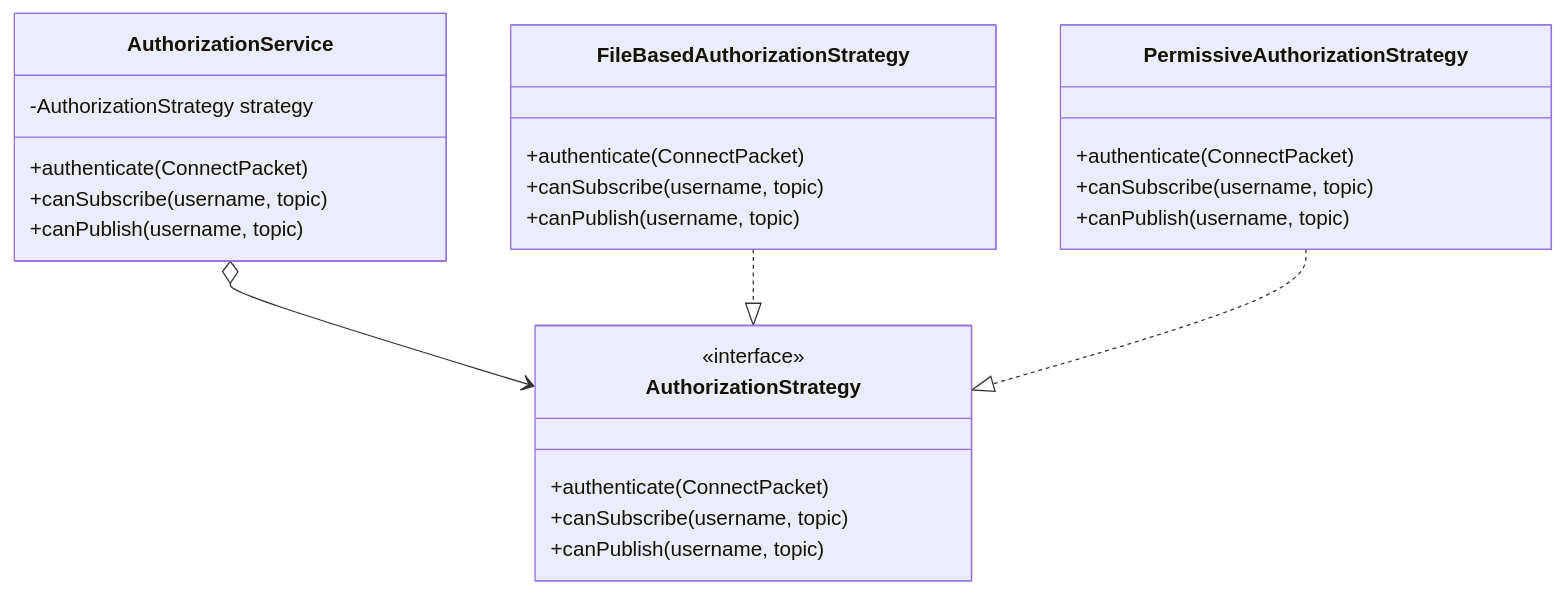
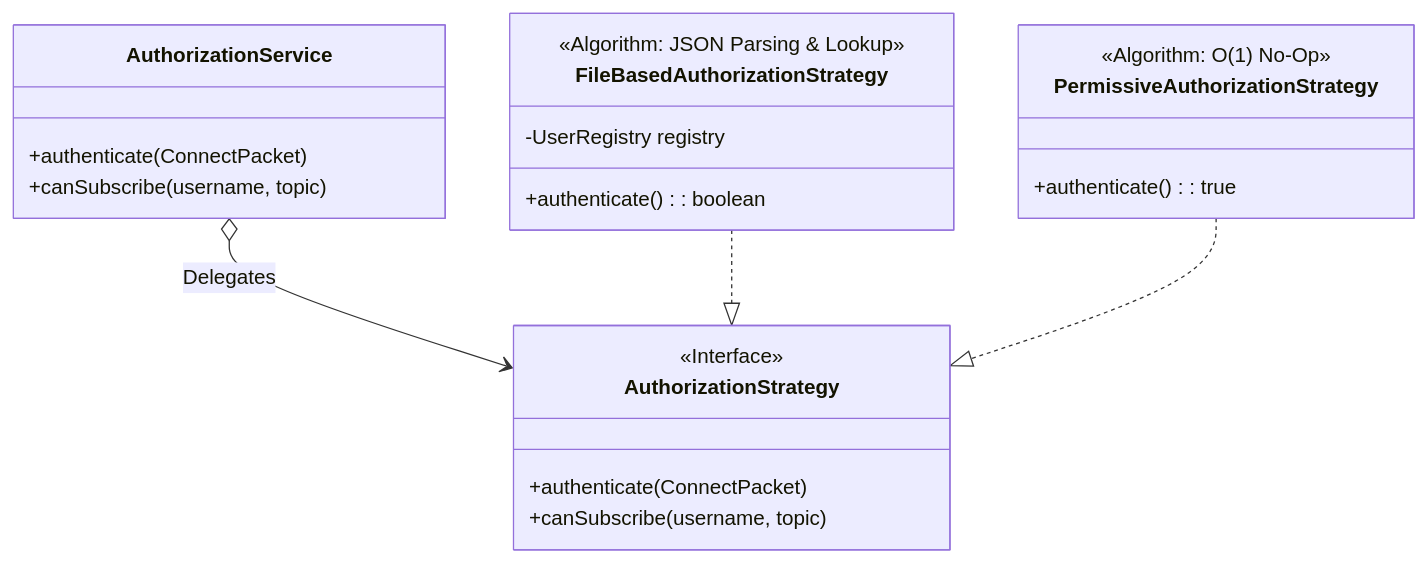
The fourth of 14 diagrams in README.md (karolbystrek/mqtt-broker), drawn with Mermaid before and after one commit. The commit also changed other lines of this file, not shown here.

````diff
--- a/README.md
+++ b/README.md
@@ -150,30 +172,32 @@
 ```mermaid
 classDiagram
+    %% Context
     class AuthorizationService {
-        -AuthorizationStrategy strategy
         +authenticate(ConnectPacket)
         +canSubscribe(username, topic)
-        +canPublish(username, topic)
     }
+
+    %% Interface
     class AuthorizationStrategy {
-        <<interface>>
+        <<Interface>>
         +authenticate(ConnectPacket)
         +canSubscribe(username, topic)
-        +canPublish(username, topic)
     }
+
+    %% Algorithm A: No-Op
+    class PermissiveAuthorizationStrategy {
+        <<Algorithm: O(1) No-Op>>
+        +authenticate() : true
+    }
+
+    %% Algorithm B: I/O Bound
     class FileBasedAuthorizationStrategy {
-        +authenticate(ConnectPacket)
-        +canSubscribe(username, topic)
-        +canPublish(username, topic)
+        <<Algorithm: JSON Parsing & Lookup>>
+        -UserRegistry registry
+        +authenticate() : boolean
     }
-    class PermissiveAuthorizationStrategy {
-        +authenticate(ConnectPacket)
-        +canSubscribe(username, topic)
-        +canPublish(username, topic)
-    }
-    
-    
-    AuthorizationService o--> AuthorizationStrategy
+
+    AuthorizationService o--> AuthorizationStrategy : Delegates
     FileBasedAuthorizationStrategy ..|> AuthorizationStrategy
     PermissiveAuthorizationStrategy ..|> AuthorizationStrategy
 ```
````
